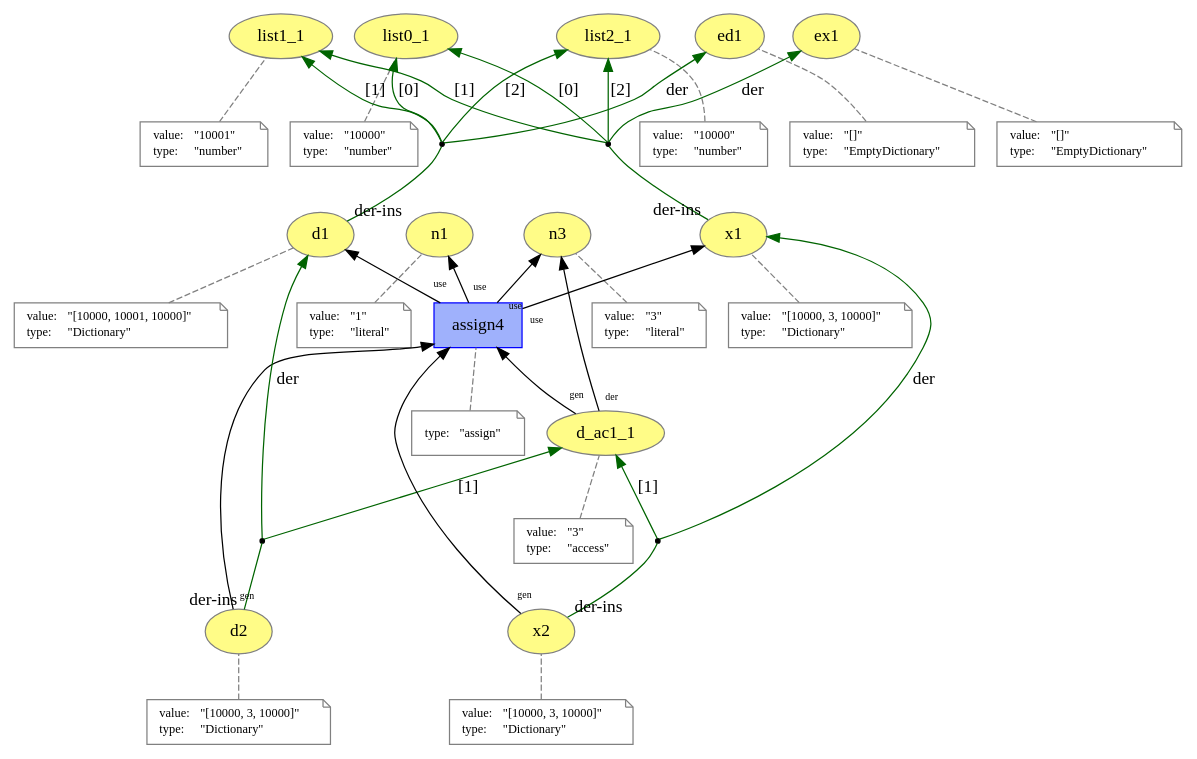
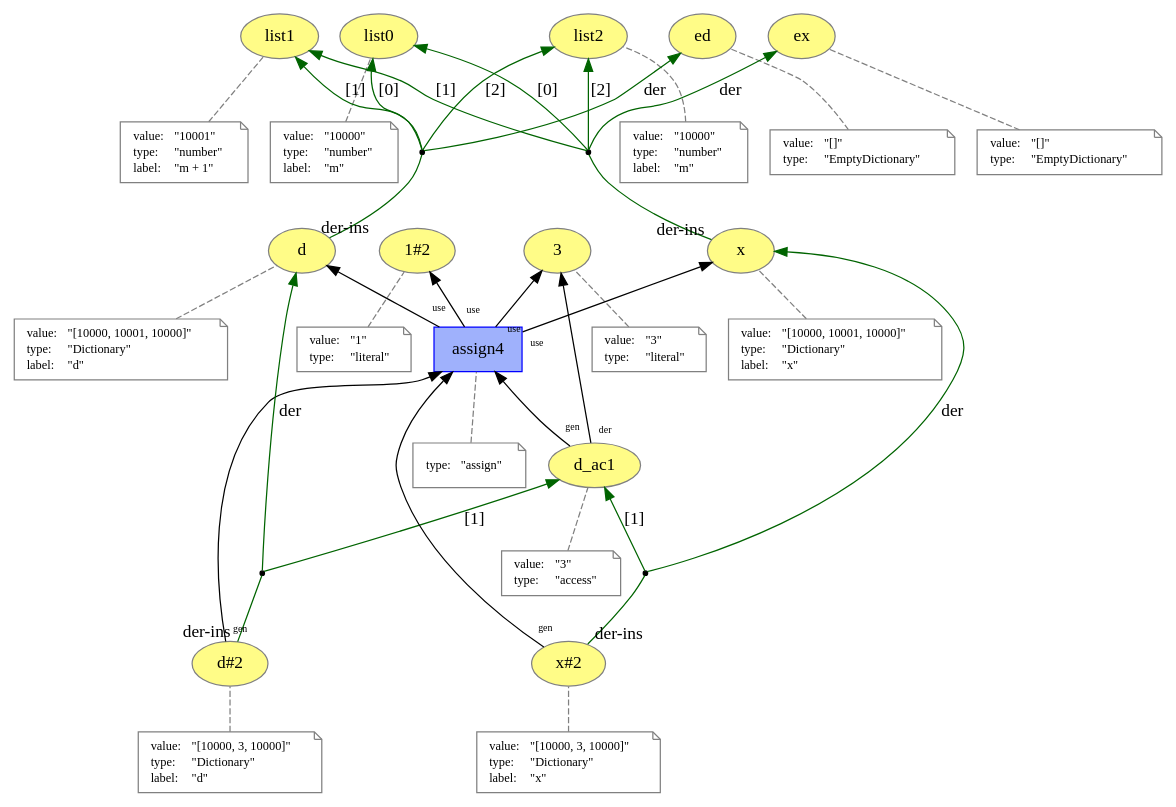
The diagram in prov_dictionary/part_assign.dot (dew-uff/versioned-prov), drawn with Graphviz before and after one commit. The commit also changed 51 other files, not shown here.

```diff
--- a/prov_dictionary/part_assign.dot
+++ b/prov_dictionary/part_assign.dot
@@ -1,5 +1,5 @@
 digraph "PROV" { size="16,12"; rankdir="BT";
-"http://example.org/list0_1" [fillcolor="#FFFC87",color="#808080",style="filled",label="list0_1",URL="http://example.org/list0_1"]
+"http://example.org/list0" [fillcolor="#FFFC87",color="#808080",style="filled",label="list0",URL="http://example.org/list0"]
 "-attrs0" [color="gray",shape="note",fontsize="10",fontcolor="black",label=<<TABLE cellpadding="0" border="0">
 	<TR>
 	    <TD align="left">value:</TD>
@@ -9,9 +9,13 @@
 	    <TD align="left">type:</TD>
 	    <TD align="left">&quot;number&quot;</TD>
 	</TR>
+	<TR>
+	    <TD align="left">label:</TD>
+	    <TD align="left">&quot;m&quot;</TD>
+	</TR>
 </TABLE>>]
-"-attrs0" -> "http://example.org/list0_1" [color="gray",style="dashed",arrowhead="none"]
-"http://example.org/list1_1" [fillcolor="#FFFC87",color="#808080",style="filled",label="list1_1",URL="http://example.org/list1_1"]
+"-attrs0" -> "http://example.org/list0" [color="gray",style="dashed",arrowhead="none"]
+"http://example.org/list1" [fillcolor="#FFFC87",color="#808080",style="filled",label="list1",URL="http://example.org/list1"]
 "-attrs1" [color="gray",shape="note",fontsize="10",fontcolor="black",label=<<TABLE cellpadding="0" border="0">
 	<TR>
 	    <TD align="left">value:</TD>
@@ -21,9 +25,13 @@
 	    <TD align="left">type:</TD>
 	    <TD align="left">&quot;number&quot;</TD>
 	</TR>
+	<TR>
+	    <TD align="left">label:</TD>
+	    <TD align="left">&quot;m + 1&quot;</TD>
+	</TR>
 </TABLE>>]
-"-attrs1" -> "http://example.org/list1_1" [color="gray",style="dashed",arrowhead="none"]
-"http://example.org/list2_1" [fillcolor="#FFFC87",color="#808080",style="filled",label="list2_1",URL="http://example.org/list2_1"]
+"-attrs1" -> "http://example.org/list1" [color="gray",style="dashed",arrowhead="none"]
+"http://example.org/list2" [fillcolor="#FFFC87",color="#808080",style="filled",label="list2",URL="http://example.org/list2"]
 "-attrs2" [color="gray",shape="note",fontsize="10",fontcolor="black",label=<<TABLE cellpadding="0" border="0">
 	<TR>
 	    <TD align="left">value:</TD>
@@ -33,9 +41,13 @@
 	    <TD align="left">type:</TD>
 	    <TD align="left">&quot;number&quot;</TD>
 	</TR>
+	<TR>
+	    <TD align="left">label:</TD>
+	    <TD align="left">&quot;m&quot;</TD>
+	</TR>
 </TABLE>>]
-"-attrs2" -> "http://example.org/list2_1" [color="gray",style="dashed",arrowhead="none"]
-"http://example.org/ed1" [fillcolor="#FFFC87",color="#808080",style="filled",label="ed1",URL="http://example.org/ed1"]
+"-attrs2" -> "http://example.org/list2" [color="gray",style="dashed",arrowhead="none"]
+"http://example.org/ed" [fillcolor="#FFFC87",color="#808080",style="filled",label="ed",URL="http://example.org/ed"]
 "-attrs3" [color="gray",shape="note",fontsize="10",fontcolor="black",label=<<TABLE cellpadding="0" border="0">
 	<TR>
 	    <TD align="left">value:</TD>
@@ -46,8 +58,8 @@
 	    <TD align="left">&quot;EmptyDictionary&quot;</TD>
 	</TR>
 </TABLE>>]
-"-attrs3" -> "http://example.org/ed1" [color="gray",style="dashed",arrowhead="none"]
-"http://example.org/d1" [fillcolor="#FFFC87",color="#808080",style="filled",label="d1",URL="http://example.org/d1"]
+"-attrs3" -> "http://example.org/ed" [color="gray",style="dashed",arrowhead="none"]
+"http://example.org/d" [fillcolor="#FFFC87",color="#808080",style="filled",label="d",URL="http://example.org/d"]
 "-attrs4" [color="gray",shape="note",fontsize="10",fontcolor="black",label=<<TABLE cellpadding="0" border="0">
 	<TR>
 	    <TD align="left">value:</TD>
@@ -57,15 +69,19 @@
 	    <TD align="left">type:</TD>
 	    <TD align="left">&quot;Dictionary&quot;</TD>
 	</TR>
+	<TR>
+	    <TD align="left">label:</TD>
+	    <TD align="left">&quot;d&quot;</TD>
+	</TR>
 </TABLE>>]
-"-attrs4" -> "http://example.org/d1" [color="gray",style="dashed",arrowhead="none"]
+"-attrs4" -> "http://example.org/d" [color="gray",style="dashed",arrowhead="none"]
 "bn0" [shape="point",label=""]
-"http://example.org/d1" -> "bn0" [arrowhead="none",taillabel="der-ins",color="darkgreen"]
-"bn0" -> "http://example.org/ed1" [labelfontsize="8",labeldistance="1.5",color="darkgreen",labelangle="60.0",rotation="20",label="der"]
-"bn0" -> "http://example.org/list0_1" [labelfontsize="8",labeldistance="1.5",color="darkgreen",labelangle="60.0",rotation="20",label="[0]"]
-"bn0" -> "http://example.org/list1_1" [labelfontsize="8",labeldistance="1.5",color="darkgreen",labelangle="60.0",rotation="20",label="[1]"]
-"bn0" -> "http://example.org/list2_1" [labelfontsize="8",labeldistance="1.5",color="darkgreen",labelangle="60.0",rotation="20",label="[2]"]
-"http://example.org/ex1" [fillcolor="#FFFC87",color="#808080",style="filled",label="ex1",URL="http://example.org/ex1"]
+"http://example.org/d" -> "bn0" [arrowhead="none",taillabel="der-ins",color="darkgreen"]
+"bn0" -> "http://example.org/ed" [labelfontsize="8",labeldistance="1.5",color="darkgreen",labelangle="60.0",rotation="20",label="der"]
+"bn0" -> "http://example.org/list0" [labelfontsize="8",labeldistance="1.5",color="darkgreen",labelangle="60.0",rotation="20",label="[0]"]
+"bn0" -> "http://example.org/list1" [labelfontsize="8",labeldistance="1.5",color="darkgreen",labelangle="60.0",rotation="20",label="[1]"]
+"bn0" -> "http://example.org/list2" [labelfontsize="8",labeldistance="1.5",color="darkgreen",labelangle="60.0",rotation="20",label="[2]"]
+"http://example.org/ex" [fillcolor="#FFFC87",color="#808080",style="filled",label="ex",URL="http://example.org/ex"]
 "-attrs5" [color="gray",shape="note",fontsize="10",fontcolor="black",label=<<TABLE cellpadding="0" border="0">
 	<TR>
 	    <TD align="left">value:</TD>
@@ -76,26 +92,30 @@
 	    <TD align="left">&quot;EmptyDictionary&quot;</TD>
 	</TR>
 </TABLE>>]
-"-attrs5" -> "http://example.org/ex1" [color="gray",style="dashed",arrowhead="none"]
-"http://example.org/x1" [fillcolor="#FFFC87",color="#808080",style="filled",label="x1",URL="http://example.org/x1"]
+"-attrs5" -> "http://example.org/ex" [color="gray",style="dashed",arrowhead="none"]
+"http://example.org/x" [fillcolor="#FFFC87",color="#808080",style="filled",label="x",URL="http://example.org/x"]
 "-attrs6" [color="gray",shape="note",fontsize="10",fontcolor="black",label=<<TABLE cellpadding="0" border="0">
 	<TR>
 	    <TD align="left">value:</TD>
-	    <TD align="left">&quot;[10000, 3, 10000]&quot;</TD>
+	    <TD align="left">&quot;[10000, 10001, 10000]&quot;</TD>
 	</TR>
 	<TR>
 	    <TD align="left">type:</TD>
 	    <TD align="left">&quot;Dictionary&quot;</TD>
 	</TR>
+	<TR>
+	    <TD align="left">label:</TD>
+	    <TD align="left">&quot;x&quot;</TD>
+	</TR>
 </TABLE>>]
-"-attrs6" -> "http://example.org/x1" [color="gray",style="dashed",arrowhead="none"]
+"-attrs6" -> "http://example.org/x" [color="gray",style="dashed",arrowhead="none"]
 "bn1" [shape="point",label=""]
-"http://example.org/x1" -> "bn1" [arrowhead="none",taillabel="der-ins",color="darkgreen"]
-"bn1" -> "http://example.org/ex1" [labelfontsize="8",labeldistance="1.5",color="darkgreen",labelangle="60.0",rotation="20",label="der"]
-"bn1" -> "http://example.org/list0_1" [labelfontsize="8",labeldistance="1.5",color="darkgreen",labelangle="60.0",rotation="20",label="[0]"]
-"bn1" -> "http://example.org/list1_1" [labelfontsize="8",labeldistance="1.5",color="darkgreen",labelangle="60.0",rotation="20",label="[1]"]
-"bn1" -> "http://example.org/list2_1" [labelfontsize="8",labeldistance="1.5",color="darkgreen",labelangle="60.0",rotation="20",label="[2]"]
-"http://example.org/n1" [fillcolor="#FFFC87",color="#808080",style="filled",label="n1",URL="http://example.org/n1"]
+"http://example.org/x" -> "bn1" [arrowhead="none",taillabel="der-ins",color="darkgreen"]
+"bn1" -> "http://example.org/ex" [labelfontsize="8",labeldistance="1.5",color="darkgreen",labelangle="60.0",rotation="20",label="der"]
+"bn1" -> "http://example.org/list0" [labelfontsize="8",labeldistance="1.5",color="darkgreen",labelangle="60.0",rotation="20",label="[0]"]
+"bn1" -> "http://example.org/list1" [labelfontsize="8",labeldistance="1.5",color="darkgreen",labelangle="60.0",rotation="20",label="[1]"]
+"bn1" -> "http://example.org/list2" [labelfontsize="8",labeldistance="1.5",color="darkgreen",labelangle="60.0",rotation="20",label="[2]"]
+"http://example.org/1#2" [fillcolor="#FFFC87",color="#808080",style="filled",label="1#2",URL="http://example.org/1#2"]
 "-attrs7" [color="gray",shape="note",fontsize="10",fontcolor="black",label=<<TABLE cellpadding="0" border="0">
 	<TR>
 	    <TD align="left">value:</TD>
@@ -106,8 +126,8 @@
 	    <TD align="left">&quot;literal&quot;</TD>
 	</TR>
 </TABLE>>]
-"-attrs7" -> "http://example.org/n1" [color="gray",style="dashed",arrowhead="none"]
-"http://example.org/n3" [fillcolor="#FFFC87",color="#808080",style="filled",label="n3",URL="http://example.org/n3"]
+"-attrs7" -> "http://example.org/1#2" [color="gray",style="dashed",arrowhead="none"]
+"http://example.org/3" [fillcolor="#FFFC87",color="#808080",style="filled",label="3",URL="http://example.org/3"]
 "-attrs8" [color="gray",shape="note",fontsize="10",fontcolor="black",label=<<TABLE cellpadding="0" border="0">
 	<TR>
 	    <TD align="left">value:</TD>
@@ -118,8 +138,8 @@
 	    <TD align="left">&quot;literal&quot;</TD>
 	</TR>
 </TABLE>>]
-"-attrs8" -> "http://example.org/n3" [color="gray",style="dashed",arrowhead="none"]
-"http://example.org/d_ac1_1" [fillcolor="#FFFC87",color="#808080",style="filled",label="d_ac1_1",URL="http://example.org/d_ac1_1"]
+"-attrs8" -> "http://example.org/3" [color="gray",style="dashed",arrowhead="none"]
+"http://example.org/d_ac1" [fillcolor="#FFFC87",color="#808080",style="filled",label="d_ac1",URL="http://example.org/d_ac1"]
 "-attrs9" [color="gray",shape="note",fontsize="10",fontcolor="black",label=<<TABLE cellpadding="0" border="0">
 	<TR>
 	    <TD align="left">value:</TD>
@@ -130,8 +150,8 @@
 	    <TD align="left">&quot;access&quot;</TD>
 	</TR>
 </TABLE>>]
-"-attrs9" -> "http://example.org/d_ac1_1" [color="gray",style="dashed",arrowhead="none"]
-"http://example.org/d2" [fillcolor="#FFFC87",color="#808080",style="filled",label="d2",URL="http://example.org/d2"]
+"-attrs9" -> "http://example.org/d_ac1" [color="gray",style="dashed",arrowhead="none"]
+"http://example.org/d#2" [fillcolor="#FFFC87",color="#808080",style="filled",label="d#2",URL="http://example.org/d#2"]
 "-attrs10" [color="gray",shape="note",fontsize="10",fontcolor="black",label=<<TABLE cellpadding="0" border="0">
 	<TR>
 	    <TD align="left">value:</TD>
@@ -141,13 +161,17 @@
 	    <TD align="left">type:</TD>
 	    <TD align="left">&quot;Dictionary&quot;</TD>
 	</TR>
+	<TR>
+	    <TD align="left">label:</TD>
+	    <TD align="left">&quot;d&quot;</TD>
+	</TR>
 </TABLE>>]
-"-attrs10" -> "http://example.org/d2" [color="gray",style="dashed",arrowhead="none"]
+"-attrs10" -> "http://example.org/d#2" [color="gray",style="dashed",arrowhead="none"]
 "bn2" [shape="point",label=""]
-"http://example.org/d2" -> "bn2" [arrowhead="none",taillabel="der-ins",color="darkgreen"]
-"bn2" -> "http://example.org/d1" [labelfontsize="8",labeldistance="1.5",color="darkgreen",labelangle="60.0",rotation="20",label="der"]
-"bn2" -> "http://example.org/d_ac1_1" [labelfontsize="8",labeldistance="1.5",color="darkgreen",labelangle="60.0",rotation="20",label="[1]"]
-"http://example.org/x2" [fillcolor="#FFFC87",color="#808080",style="filled",label="x2",URL="http://example.org/x2"]
+"http://example.org/d#2" -> "bn2" [arrowhead="none",taillabel="der-ins",color="darkgreen"]
+"bn2" -> "http://example.org/d" [labelfontsize="8",labeldistance="1.5",color="darkgreen",labelangle="60.0",rotation="20",label="der"]
+"bn2" -> "http://example.org/d_ac1" [labelfontsize="8",labeldistance="1.5",color="darkgreen",labelangle="60.0",rotation="20",label="[1]"]
+"http://example.org/x#2" [fillcolor="#FFFC87",color="#808080",style="filled",label="x#2",URL="http://example.org/x#2"]
 "-attrs11" [color="gray",shape="note",fontsize="10",fontcolor="black",label=<<TABLE cellpadding="0" border="0">
 	<TR>
 	    <TD align="left">value:</TD>
@@ -157,12 +181,16 @@
 	    <TD align="left">type:</TD>
 	    <TD align="left">&quot;Dictionary&quot;</TD>
 	</TR>
+	<TR>
+	    <TD align="left">label:</TD>
+	    <TD align="left">&quot;x&quot;</TD>
+	</TR>
 </TABLE>>]
-"-attrs11" -> "http://example.org/x2" [color="gray",style="dashed",arrowhead="none"]
+"-attrs11" -> "http://example.org/x#2" [color="gray",style="dashed",arrowhead="none"]
 "bn3" [shape="point",label=""]
-"http://example.org/x2" -> "bn3" [arrowhead="none",taillabel="der-ins",color="darkgreen"]
-"bn3" -> "http://example.org/x1" [labelfontsize="8",labeldistance="1.5",color="darkgreen",labelangle="60.0",rotation="20",label="der"]
-"bn3" -> "http://example.org/d_ac1_1" [labelfontsize="8",labeldistance="1.5",color="darkgreen",labelangle="60.0",rotation="20",label="[1]"]
+"http://example.org/x#2" -> "bn3" [arrowhead="none",taillabel="der-ins",color="darkgreen"]
+"bn3" -> "http://example.org/x" [labelfontsize="8",labeldistance="1.5",color="darkgreen",labelangle="60.0",rotation="20",label="der"]
+"bn3" -> "http://example.org/d_ac1" [labelfontsize="8",labeldistance="1.5",color="darkgreen",labelangle="60.0",rotation="20",label="[1]"]
 "http://example.org/assign4" [fillcolor="#9FB1FC",color="#0000FF",shape="polygon",sides="4",style="filled",label="assign4",URL="http://example.org/assign4"]
 "-attrs12" [color="gray",shape="note",fontsize="10",fontcolor="black",label=<<TABLE cellpadding="0" border="0">
 	<TR>
@@ -171,12 +199,12 @@
 	</TR>
 </TABLE>>]
 "-attrs12" -> "http://example.org/assign4" [color="gray",style="dashed",arrowhead="none"]
-"http://example.org/assign4" -> "http://example.org/d1" [labelfontsize="8",labeldistance="1.5",labelangle="60.0",rotation="20",taillabel="use"]
-"http://example.org/assign4" -> "http://example.org/x1" [labelfontsize="8",labeldistance="1.5",labelangle="60.0",rotation="20",taillabel="use"]
-"http://example.org/assign4" -> "http://example.org/n1" [labelfontsize="8",labeldistance="1.5",labelangle="60.0",rotation="20",taillabel="use"]
-"http://example.org/assign4" -> "http://example.org/n3" [labelfontsize="8",labeldistance="1.5",labelangle="60.0",rotation="20",taillabel="use"]
-"http://example.org/d_ac1_1" -> "http://example.org/assign4" [labelfontsize="8",labeldistance="1.5",labelangle="60.0",rotation="20",taillabel="gen"]
-"http://example.org/d2" -> "http://example.org/assign4" [labelfontsize="8",labeldistance="1.5",labelangle="60.0",rotation="20",taillabel="gen"]
-"http://example.org/x2" -> "http://example.org/assign4" [labelfontsize="8",labeldistance="1.5",labelangle="60.0",rotation="20",taillabel="gen"]
-"http://example.org/d_ac1_1" -> "http://example.org/n3" [labelfontsize="8",labeldistance="1.5",labelangle="60.0",rotation="20",taillabel="der"]
+"http://example.org/assign4" -> "http://example.org/d" [labelfontsize="8",labeldistance="1.5",labelangle="60.0",rotation="20",taillabel="use"]
+"http://example.org/assign4" -> "http://example.org/x" [labelfontsize="8",labeldistance="1.5",labelangle="60.0",rotation="20",taillabel="use"]
+"http://example.org/assign4" -> "http://example.org/1#2" [labelfontsize="8",labeldistance="1.5",labelangle="60.0",rotation="20",taillabel="use"]
+"http://example.org/assign4" -> "http://example.org/3" [labelfontsize="8",labeldistance="1.5",labelangle="60.0",rotation="20",taillabel="use"]
+"http://example.org/d_ac1" -> "http://example.org/assign4" [labelfontsize="8",labeldistance="1.5",labelangle="60.0",rotation="20",taillabel="gen"]
+"http://example.org/d#2" -> "http://example.org/assign4" [labelfontsize="8",labeldistance="1.5",labelangle="60.0",rotation="20",taillabel="gen"]
+"http://example.org/x#2" -> "http://example.org/assign4" [labelfontsize="8",labeldistance="1.5",labelangle="60.0",rotation="20",taillabel="gen"]
+"http://example.org/d_ac1" -> "http://example.org/3" [labelfontsize="8",labeldistance="1.5",labelangle="60.0",rotation="20",taillabel="der"]
 }
```
